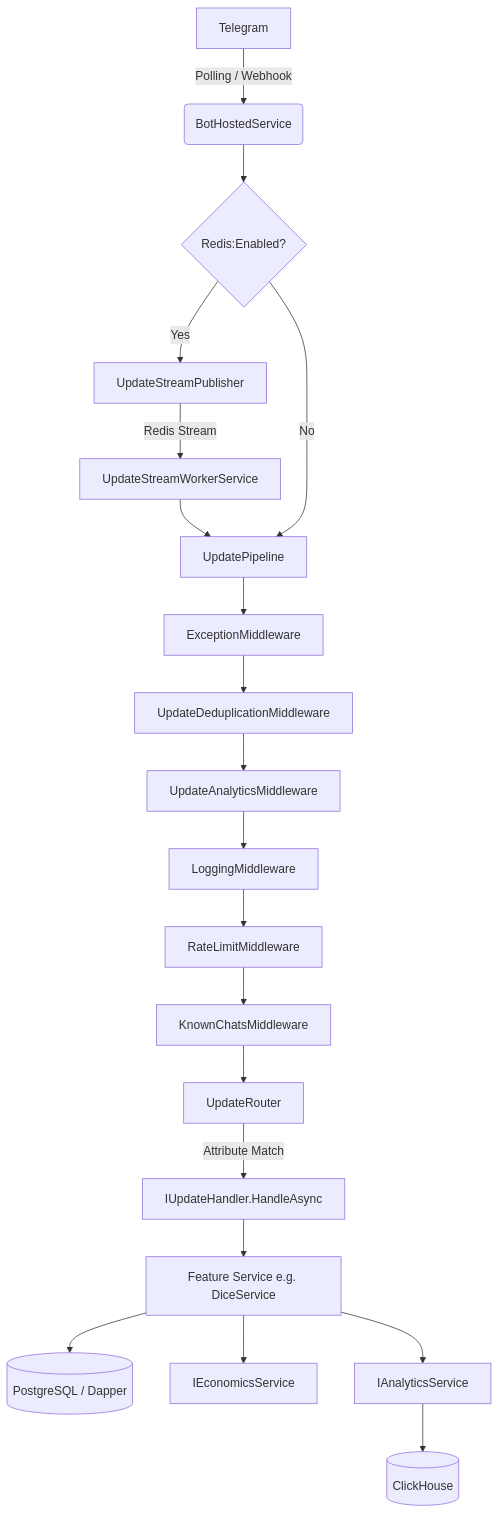
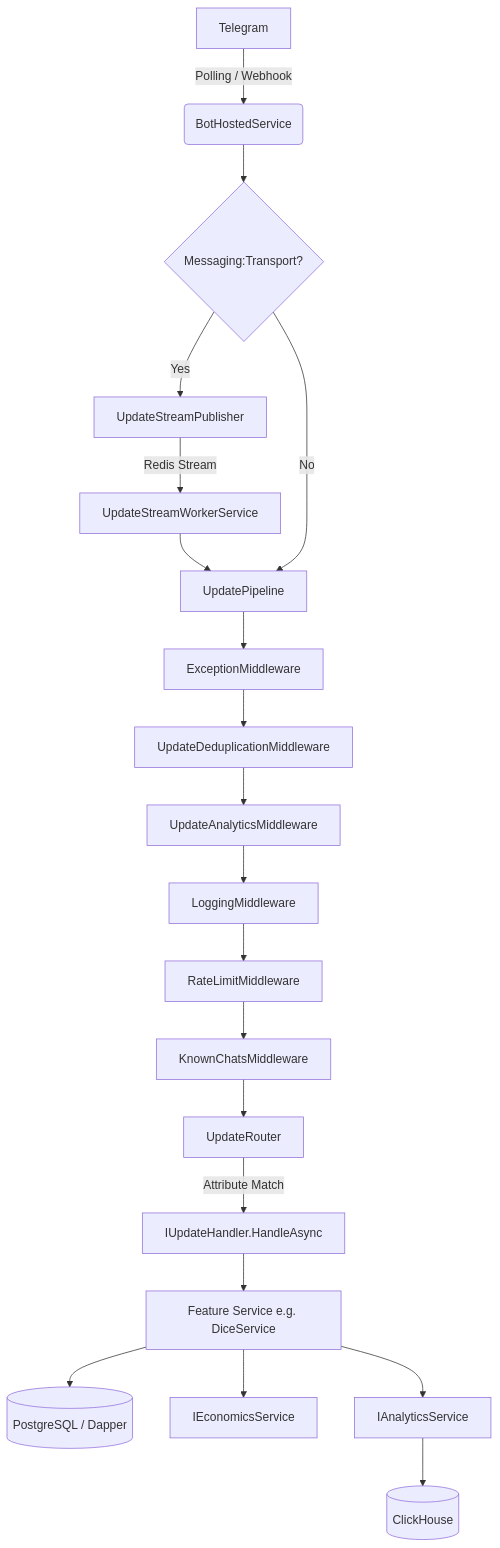
Before and after one commit to cpp20120/GameShiz: the first of 3 diagrams in docs/docs.md, drawn with Mermaid. The commit also changed other lines of this file and 87 other files, not shown here.

````diff
--- a/docs/docs.md
+++ b/docs/docs.md
@@ -222,24 +222,24 @@
 ```mermaid
 flowchart TD
     A[Telegram] -->|Polling / Webhook| B(BotHostedService)
-    B --> C{Redis:Enabled?}
+    B --> C{Messaging:Transport?}
     C -- Yes --> D[UpdateStreamPublisher]
     D -->|Redis Stream| E[UpdateStreamWorkerService]
     E --> F[UpdatePipeline]
     C -- No --> F
     
     F --> G[ExceptionMiddleware]
     G --> H[UpdateDeduplicationMiddleware]
     H --> I[UpdateAnalyticsMiddleware]
     I --> J[LoggingMiddleware]
     J --> K[RateLimitMiddleware]
     K --> L[KnownChatsMiddleware]
     L --> M[UpdateRouter]
     
     M -->|Attribute Match| N[IUpdateHandler.HandleAsync]
     N --> O[Feature Service e.g. DiceService]
     O --> P[(PostgreSQL / Dapper)]
     O --> Q[IEconomicsService]
     O --> R[IAnalyticsService]
     R --> S[(ClickHouse)]
 ```
````
